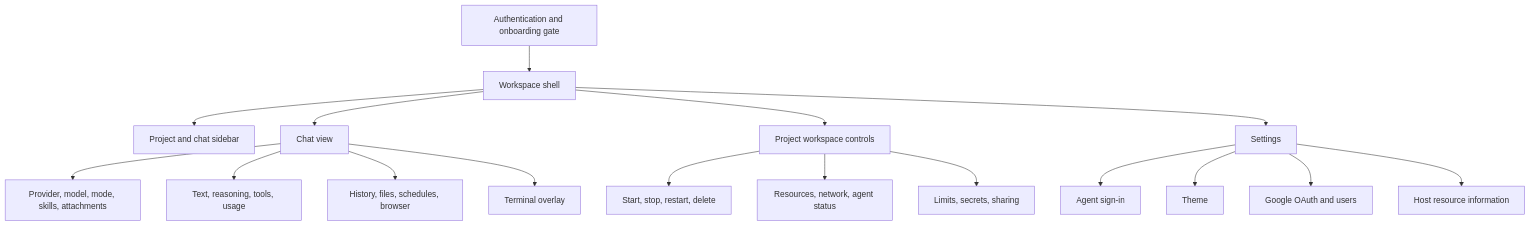
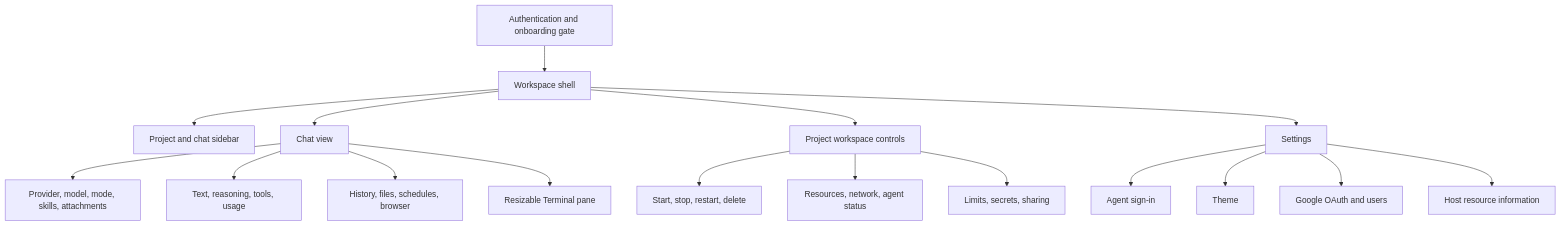
Before and after one commit to AbdallahMohamedDotnet/remote.futrx: the second of 3 diagrams in docs/01-overview/01-system-overview.md, drawn with Mermaid. The commit also changed other lines of this file and 27 other files, not shown here.

````diff
--- a/docs/01-overview/01-system-overview.md
+++ b/docs/01-overview/01-system-overview.md
@@ -52,22 +52,22 @@
 ```mermaid
 flowchart TD
     Gate["Authentication and onboarding gate"] --> Shell["Workspace shell"]
     Shell --> Sidebar["Project and chat sidebar"]
     Shell --> Chat["Chat view"]
     Shell --> Projects["Project workspace controls"]
     Shell --> Settings["Settings"]
 
     Chat --> Composer["Provider, model, mode, skills, attachments"]
     Chat --> Messages["Text, reasoning, tools, usage"]
     Chat --> Drawers["History, files, schedules, browser"]
-    Chat --> Terminal["Terminal overlay"]
+    Chat --> Terminal["Resizable Terminal pane"]
 
     Projects --> Lifecycle["Start, stop, restart, delete"]
     Projects --> Inspect["Resources, network, agent status"]
     Projects --> Manage["Limits, secrets, sharing"]
 
     Settings --> Agents["Agent sign-in"]
     Settings --> Appearance["Theme"]
     Settings --> Users["Google OAuth and users"]
     Settings --> Server["Host resource information"]
 ```
````
